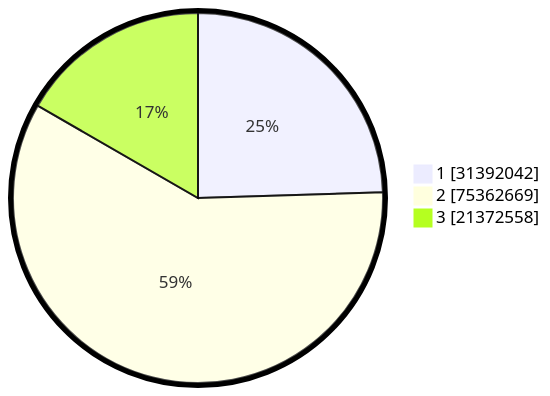
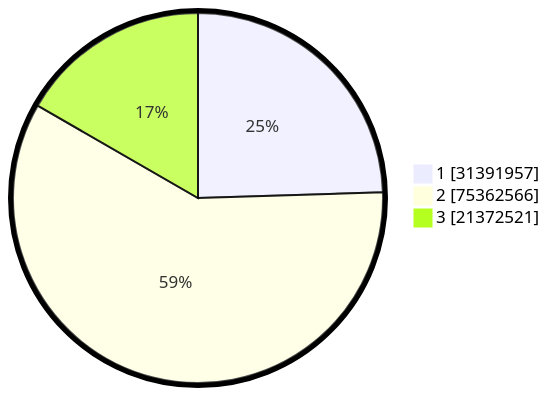
Before and after one commit to gigit-pemilu/pemilu-2024: the second of 2 diagrams in pilpres/hitung-suara/README.md, drawn with Mermaid. The commit also changed other lines of this file and 5 other files, not shown here.

````diff
--- a/pilpres/hitung-suara/README.md
+++ b/pilpres/hitung-suara/README.md
@@ -93,7 +93,7 @@
 ```mermaid
 %%{init: {"pie": {"textPosition": 0.5}, "themeVariables": {"pieOuterStrokeWidth": "5px"}} }%%
 pie showData
-    "1" : 31392042
-    "2" : 75362669
-    "3" : 21372558
+    "1" : 31391957
+    "2" : 75362566
+    "3" : 21372521
 ```
````
